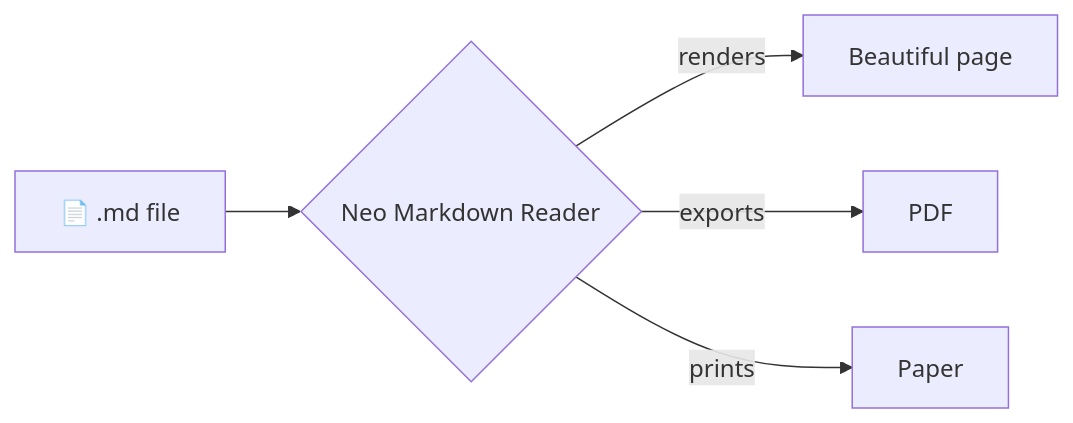
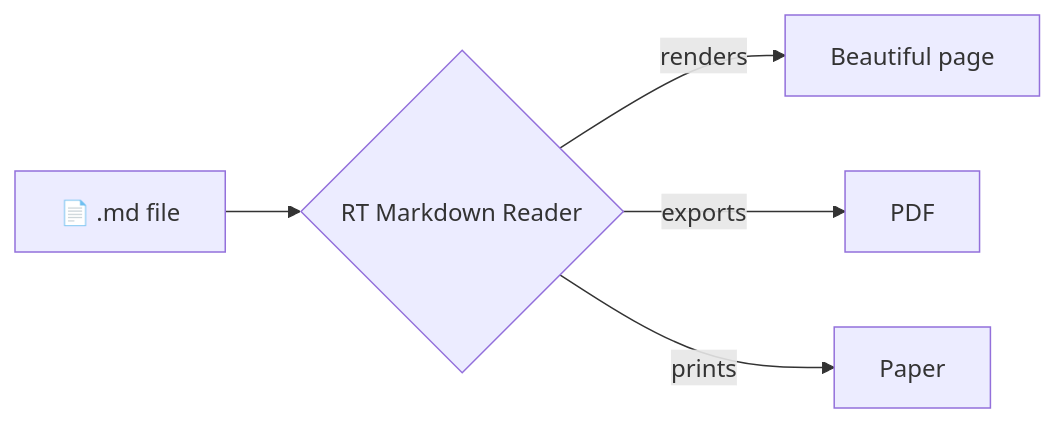
Before and after one commit to neogentrics/neo-markdown-reader: the first of 2 diagrams in samples/showcase.md, drawn with Mermaid. The commit also changed other lines of this file and 101 other files, not shown here.

First line of the commit message:
v3.4.1: RT Markdown Reader, Claude connected, tutorial, Preferences, Help Center (#21)

````diff
--- a/samples/showcase.md
+++ b/samples/showcase.md
@@ -122,7 +122,7 @@
 ```mermaid
 flowchart LR
-    A[📄 .md file] --> B{Neo Markdown Reader}
+    A[📄 .md file] --> B{RT Markdown Reader}
     B -->|renders| C[Beautiful page]
     B -->|exports| D[PDF]
     B -->|prints| E[Paper]
 ```
````
